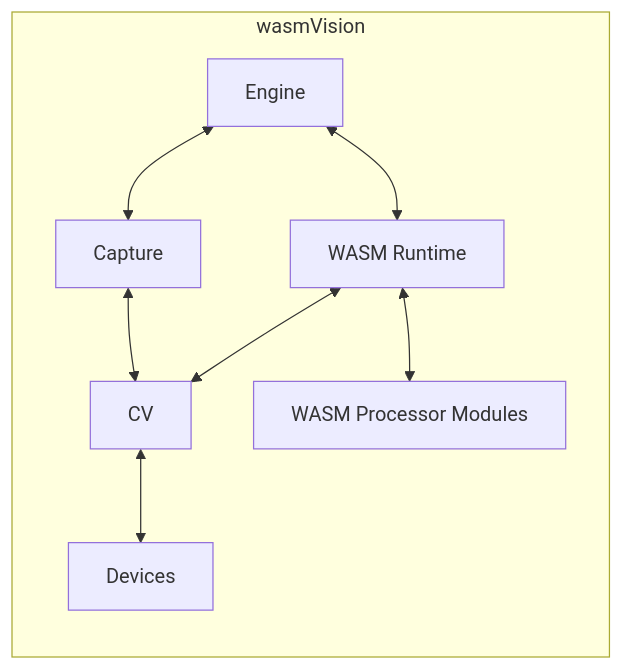
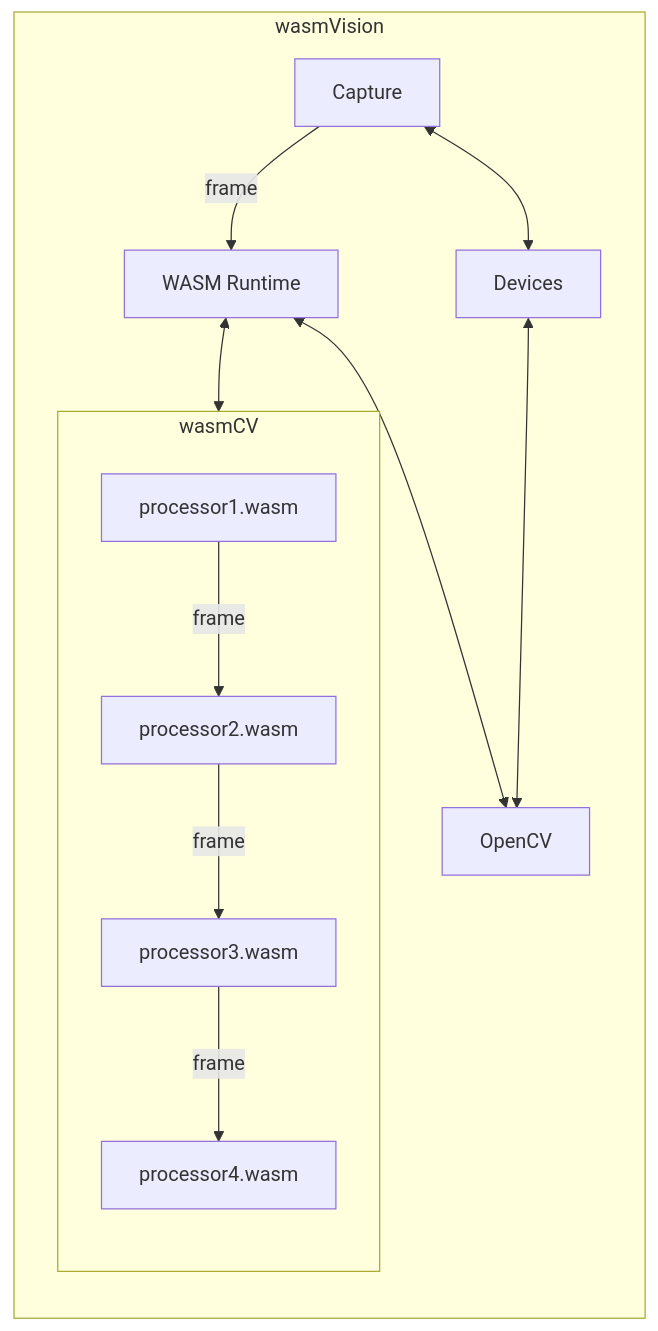
One commit to wasmvision/wasmvision changed the diagram in ARCHITECTURE.md. Above: the diagram before and after it, drawn with Mermaid. The commit also changed 1 other file, not shown here.

Commit message:
docs: updated architecture diagrams

````diff
--- a/ARCHITECTURE.md
+++ b/ARCHITECTURE.md
@@ -5,11 +5,15 @@
 ```mermaid
 flowchart LR
     subgraph wasmVision
-        Engine<-->Capture
-        Engine<-->Runtime[WASM Runtime]
-        Capture<-->CV
-        CV<-->Devices
-        Runtime<-->Modules[WASM Processor Modules]
-        Runtime<-->CV
+        Capture--frame-->Runtime[WASM Runtime]
+        Capture<-->Devices
+        Devices<-->OpenCV
+        Runtime<-->wasmCV
+        Runtime<-->OpenCV
+    end
+    subgraph wasmCV
+        processor1.wasm--frame-->processor2.wasm
+        processor2.wasm--frame-->processor3.wasm
+        processor3.wasm--frame-->processor4.wasm
     end
 ```
````
